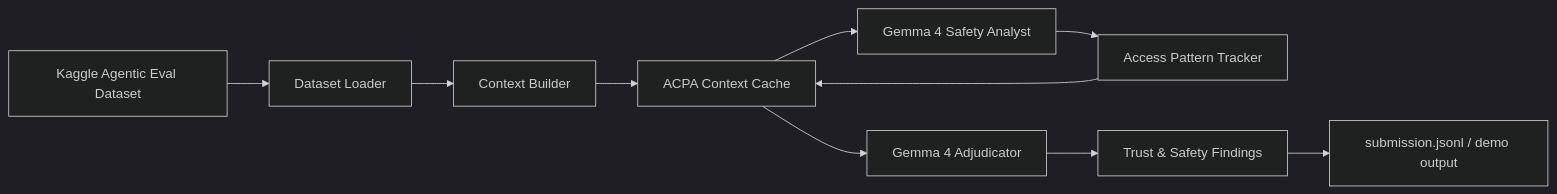
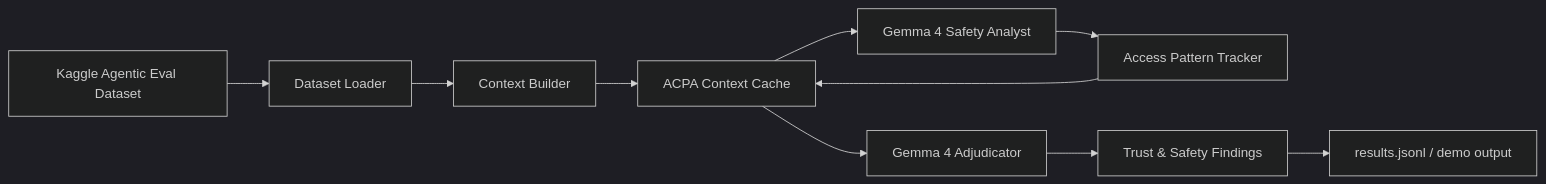
Before and after one commit to joyjeni/context-pruning: the diagram in README.md, drawn with Mermaid (dark theme). The commit also changed other lines of this file and 8 other files, not shown here.

````diff
--- a/README.md
+++ b/README.md
@@ -24,12 +26,12 @@
 ```mermaid
 flowchart LR
     A[Kaggle Agentic Eval Dataset] --> B[Dataset Loader]
     B --> C[Context Builder]
     C --> D[ACPA Context Cache]
     D --> E[Gemma 4 Safety Analyst]
     E --> F[Access Pattern Tracker]
     F --> D
     D --> G[Gemma 4 Adjudicator]
     G --> H[Trust & Safety Findings]
-    H --> I[submission.jsonl / demo output]
+    H --> I[results.jsonl / demo output]
 ```
````
